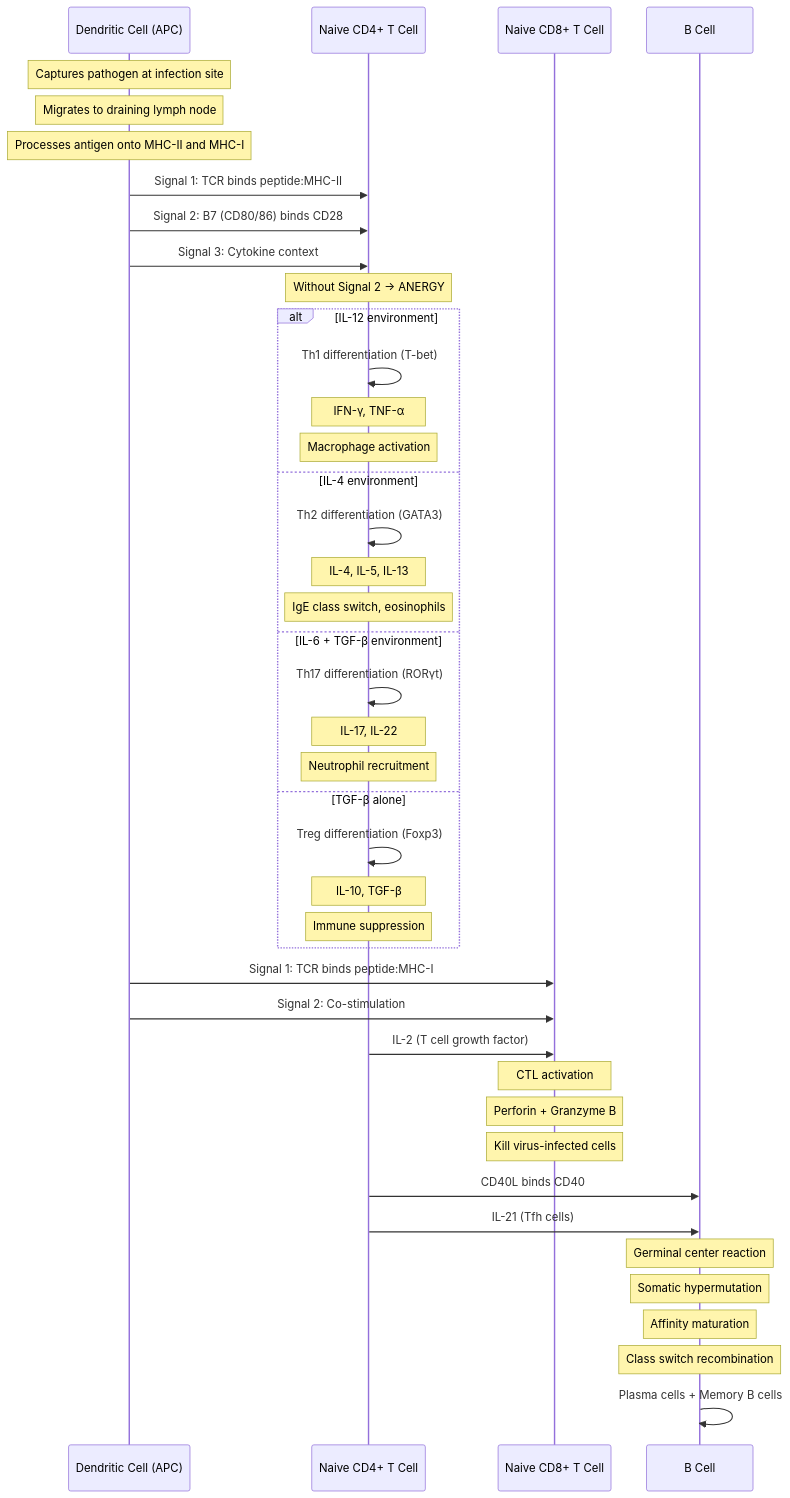
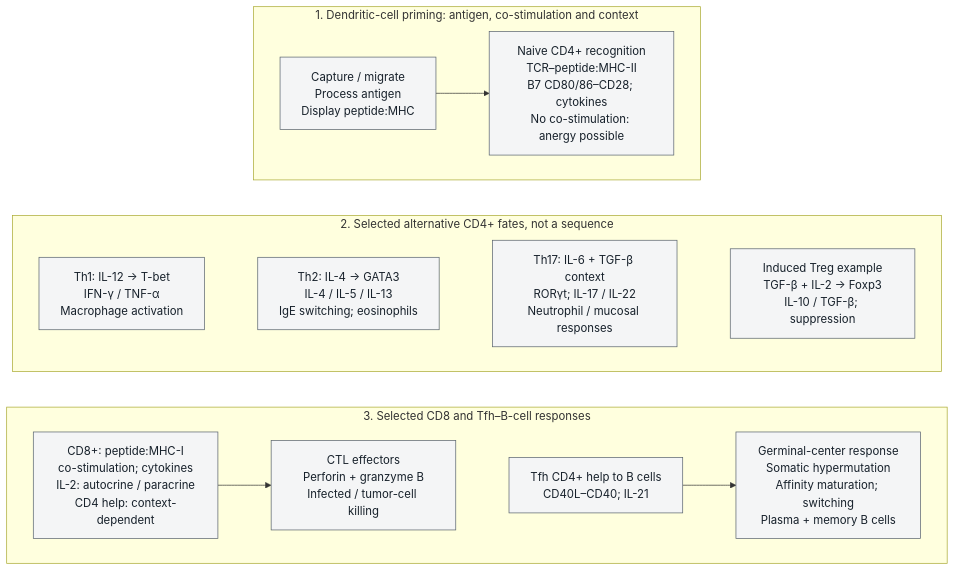
The third of 6 diagrams in docs/manuscript/unit_VII/host_immunity_and_vaccines.md (docxology/biology_textbook), drawn with Mermaid before and after one commit. The commit also changed other lines of this file and 41 other files, not shown here.

````diff
--- a/docs/manuscript/unit_VII/host_immunity_and_vaccines.md
+++ b/docs/manuscript/unit_VII/host_immunity_and_vaccines.md
@@ -369,49 +381,27 @@
 ```mermaid
-sequenceDiagram
-    participant DC as Dendritic Cell (APC)
-    participant Th as Naive CD4+ T Cell
-    participant Tc as Naive CD8+ T Cell
-    participant B as B Cell
-
-    Note over DC: Captures pathogen at infection site
-    Note over DC: Migrates to draining lymph node
-    Note over DC: Processes antigen onto MHC-II and MHC-I
-
-    DC->>Th: Signal 1: TCR binds peptide:MHC-II
-    DC->>Th: Signal 2: B7 (CD80/86) binds CD28
-    DC->>Th: Signal 3: Cytokine context
-    Note over Th: Without Signal 2 → ANERGY
-
-    alt IL-12 environment
-        Th->>Th: Th1 differentiation (T-bet)
-        Note over Th: IFN-γ, TNF-α
-        Note over Th: Macrophage activation
-    else IL-4 environment
-        Th->>Th: Th2 differentiation (GATA3)
-        Note over Th: IL-4, IL-5, IL-13
-        Note over Th: IgE class switch, eosinophils
-    else IL-6 + TGF-β environment
-        Th->>Th: Th17 differentiation (RORγt)
-        Note over Th: IL-17, IL-22
-        Note over Th: Neutrophil recruitment
-    else TGF-β alone
-        Th->>Th: Treg differentiation (Foxp3)
-        Note over Th: IL-10, TGF-β
-        Note over Th: Immune suppression
+---
+config:
+  layout: dagre
+---
+flowchart TB
+    subgraph PRIME["1. Dendritic-cell priming: antigen, co-stimulation and context"]
+        direction LR
+        DC["Capture / migrate<br/>Process antigen<br/>Display peptide:MHC"] --> CD4["Naive CD4+ recognition<br/>TCR–peptide:MHC-II<br/>B7 CD80/86–CD28; cytokines<br/>No co-stimulation: anergy possible"]
     end
-
-    DC->>Tc: Signal 1: TCR binds peptide:MHC-I
-    DC->>Tc: Signal 2: Co-stimulation
-    Th->>Tc: IL-2 (T cell growth factor)
-    Note over Tc: CTL activation
-    Note over Tc: Perforin + Granzyme B
-    Note over Tc: Kill virus-infected cells
-
-    Th->>B: CD40L binds CD40
-    Th->>B: IL-21 (Tfh cells)
-    Note over B: Germinal center reaction
-    Note over B: Somatic hypermutation
-    Note over B: Affinity maturation
-    Note over B: Class switch recombination
-    B->>B: Plasma cells + Memory B cells
+    subgraph HELP["2. Selected alternative CD4+ fates, not a sequence"]
+        direction LR
+        H1["Th1: IL-12 → T-bet<br/>IFN-γ / TNF-α<br/>Macrophage activation"]
+        H2["Th2: IL-4 → GATA3<br/>IL-4 / IL-5 / IL-13<br/>IgE switching; eosinophils"]
+        H17["Th17: IL-6 + TGF-β context<br/>RORγt; IL-17 / IL-22<br/>Neutrophil / mucosal responses"]
+        HR["Induced Treg example<br/>TGF-β + IL-2 → Foxp3<br/>IL-10 / TGF-β; suppression"]
+        H1 ~~~ H2 ~~~ H17 ~~~ HR
+    end
+    subgraph EFFECT["3. Selected CD8 and Tfh–B-cell responses"]
+        direction LR
+        CTL["CD8+: peptide:MHC-I<br/>co-stimulation; cytokines<br/>IL-2: autocrine / paracrine<br/>CD4 help: context-dependent"] --> KILL["CTL effectors<br/>Perforin + granzyme B<br/>Infected / tumor-cell killing"]
+        TFW["Tfh CD4+ help to B cells<br/>CD40L–CD40; IL-21"] --> BC["Germinal-center response<br/>Somatic hypermutation<br/>Affinity maturation; switching<br/>Plasma + memory B cells"]
+        KILL ~~~ TFW
+    end
+    PRIME ~~~ HELP ~~~ EFFECT
+    classDef default fill:#f4f5f6,stroke:#59636e,color:#17212b
 ```
````
